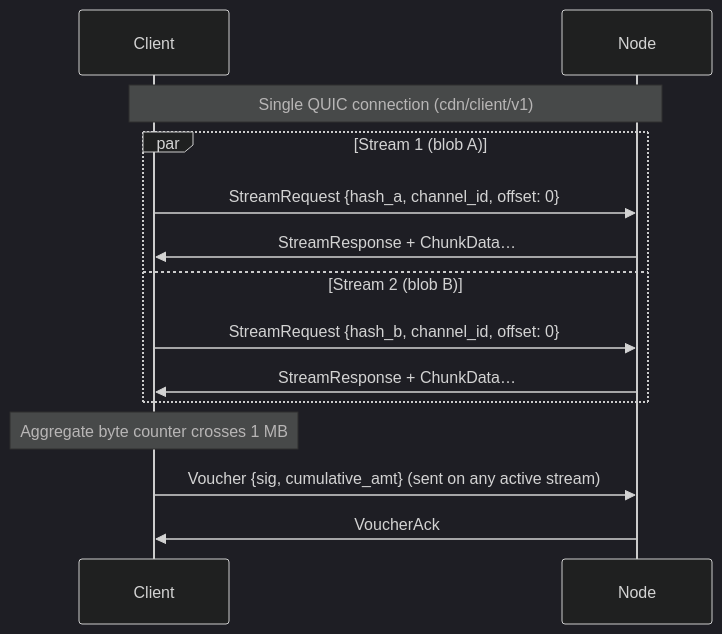
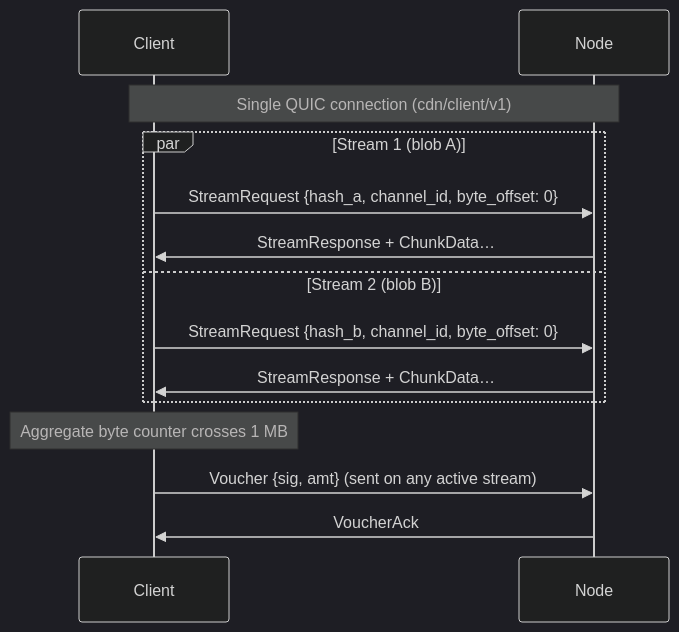
One commit to decdn/decdn changed the fourth of 4 diagrams in adr/005-protocol.md. Above: the diagram before and after it, drawn with Mermaid (dark theme). The commit also changed other lines of this file, not shown here.

````diff
--- a/adr/005-protocol.md
+++ b/adr/005-protocol.md
@@ -123,19 +123,19 @@
 ```mermaid
 sequenceDiagram
     participant C as Client
     participant N as Node
 
     Note over C,N: Single QUIC connection (cdn/client/v1)
 
     par Stream 1 (blob A)
-        C->>N: StreamRequest {hash_a, channel_id, offset: 0}
+        C->>N: StreamRequest {hash_a, channel_id, byte_offset: 0}
         N->>C: StreamResponse + ChunkData…
     and Stream 2 (blob B)
-        C->>N: StreamRequest {hash_b, channel_id, offset: 0}
+        C->>N: StreamRequest {hash_b, channel_id, byte_offset: 0}
         N->>C: StreamResponse + ChunkData…
     end
 
     Note over C: Aggregate byte counter crosses 1 MB
-    C->>N: Voucher {sig, cumulative_amt} (sent on any active stream)
+    C->>N: Voucher {sig, amt} (sent on any active stream)
     N->>C: VoucherAck
 ```
````
